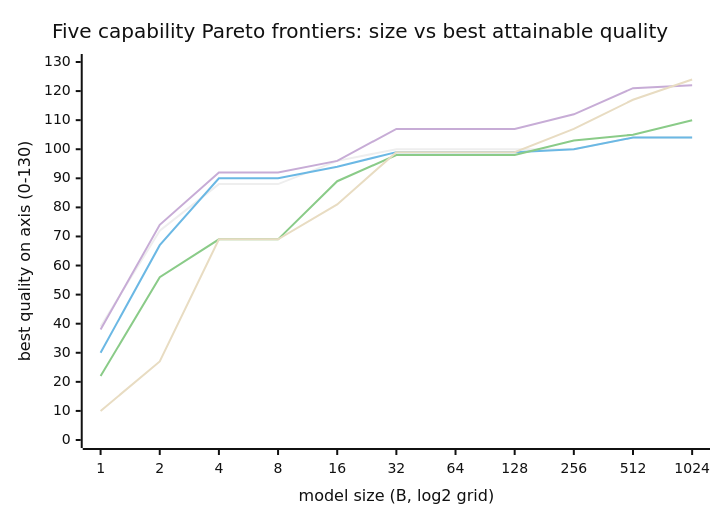
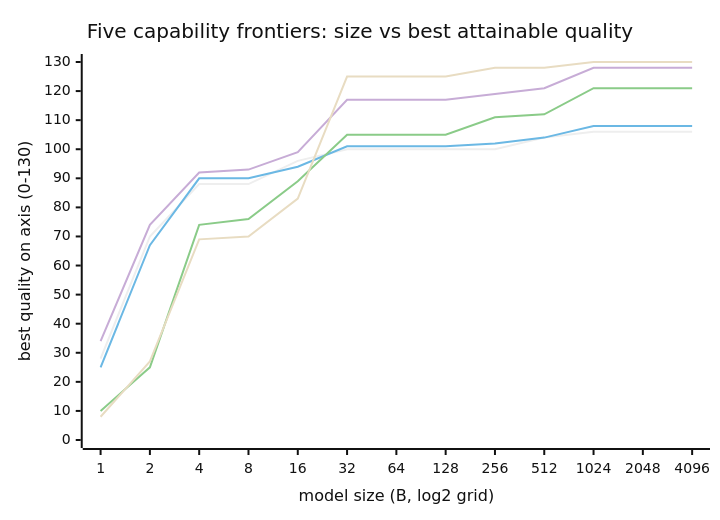
The diagram in docs/PARETO.md (JacobLinCool/GPTD), drawn with Mermaid (neutral theme) before and after one commit. The commit also changed other lines of this file and 31 other files, not shown here.

````diff
--- a/docs/PARETO.md
+++ b/docs/PARETO.md
@@ -24,11 +22,11 @@
 ```mermaid
 xychart-beta
-  title "Five capability Pareto frontiers: size vs best attainable quality"
-  x-axis "model size (B, log2 grid)" [1, 2, 4, 8, 16, 32, 64, 128, 256, 512, 1024]
+  title "Five capability frontiers: size vs best attainable quality"
+  x-axis "model size (B, log2 grid)" [1, 2, 4, 8, 16, 32, 64, 128, 256, 512, 1024, 2048, 4096]
   y-axis "best quality on axis (0-130)" 0 --> 130
-  line [39, 72, 88, 88, 96, 100, 100, 100, 100, 104, 104]
-  line [30, 67, 90, 90, 94, 99, 99, 99, 100, 104, 104]
-  line [22, 56, 69, 69, 89, 98, 98, 98, 103, 105, 110]
-  line [38, 74, 92, 92, 96, 107, 107, 107, 112, 121, 122]
-  line [10, 27, 69, 69, 81, 99, 99, 99, 107, 117, 124]
+  line [28, 70, 88, 88, 96, 100, 100, 100, 100, 104, 106, 106, 106]
+  line [25, 67, 90, 90, 94, 101, 101, 101, 102, 104, 108, 108, 108]
+  line [10, 25, 74, 76, 89, 105, 105, 105, 111, 112, 121, 121, 121]
+  line [34, 74, 92, 93, 99, 117, 117, 117, 119, 121, 128, 128, 128]
+  line [8, 27, 69, 70, 83, 125, 125, 125, 128, 128, 130, 130, 130]
 ```
````
